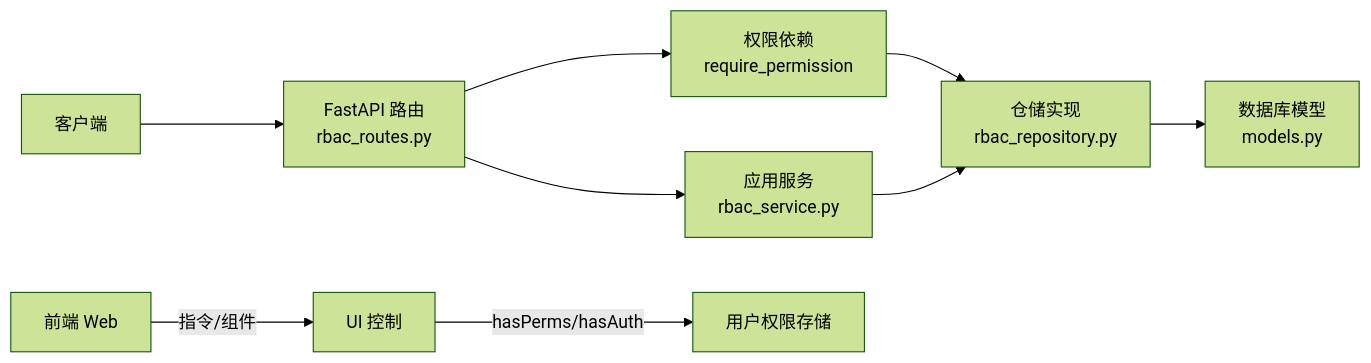
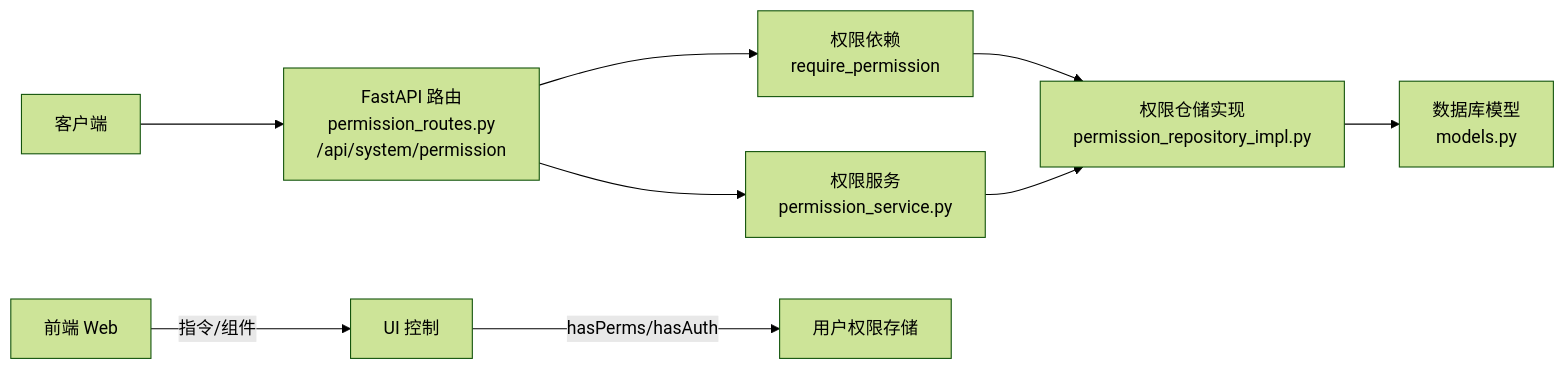
Before and after one commit to taoweidong/Hello-FastApi: the second of 7 diagrams in .qoder/repowiki/zh/content/项目概述/核心特性/RBAC 权限控制/权限管理.md, drawn with Mermaid (forest theme). The commit also changed other lines of this file and 9 other files, not shown here.

````diff
--- a/.qoder/repowiki/zh/content/项目概述/核心特性/RBAC 权限控制/权限管理.md
+++ b/.qoder/repowiki/zh/content/项目概述/核心特性/RBAC 权限控制/权限管理.md
@@ -110,11 +133,11 @@
 ```mermaid
 graph LR
-Client["客户端"] --> API["FastAPI 路由<br/>rbac_routes.py"]
+Client["客户端"] --> API["FastAPI 路由<br/>permission_routes.py<br/>/api/system/permission"]
 API --> Dep["权限依赖<br/>require_permission"]
-Dep --> Repo["仓储实现<br/>rbac_repository.py"]
+Dep --> Repo["权限仓储实现<br/>permission_repository_impl.py"]
 Repo --> Model["数据库模型<br/>models.py"]
-API --> Service["应用服务<br/>rbac_service.py"]
+API --> Service["权限服务<br/>permission_service.py"]
 Service --> Repo
 Front["前端 Web"] --> |"指令/组件"| UI["UI 控制"]
 UI --> |"hasPerms/hasAuth"| Store["用户权限存储"]
 ```
````
